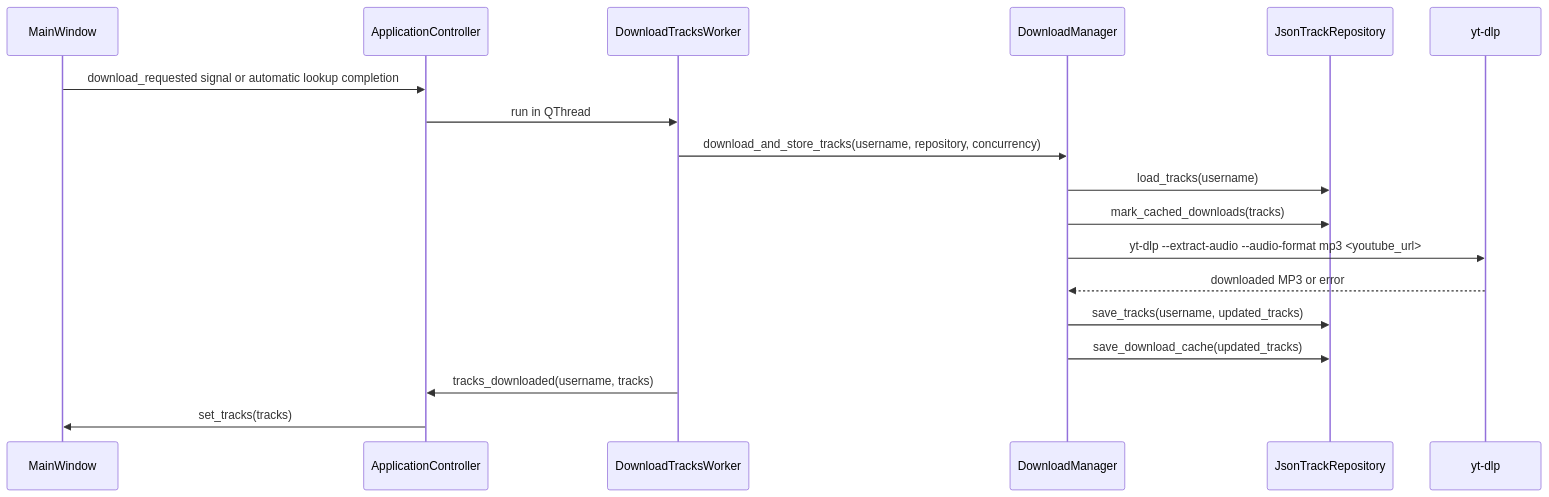
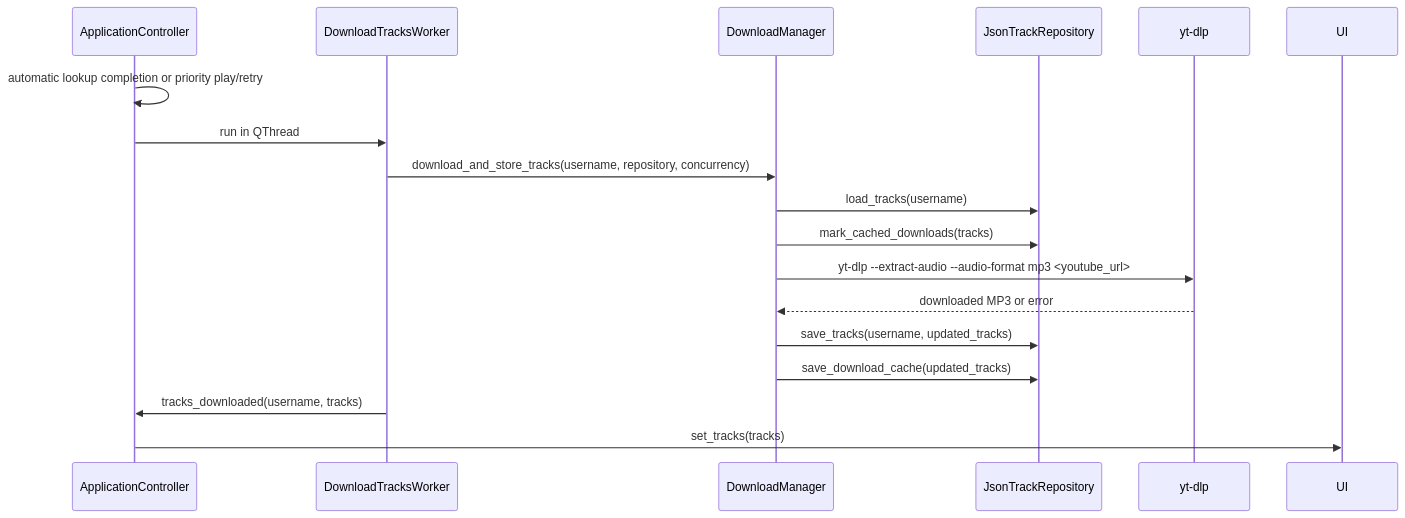
One commit to marcelpetrick/myLastFmPlayer changed the seventh of 10 diagrams in documents/03_ARCHITECTURE.md. Above: the diagram before and after it, drawn with Mermaid. The commit also changed other lines of this file and 9 other files, not shown here.

Commit message:
docs(architecture): refresh documentation diagrams (v0.0.136)

````diff
--- a/documents/03_ARCHITECTURE.md
+++ b/documents/03_ARCHITECTURE.md
@@ -246,21 +251,20 @@
 ```mermaid
 sequenceDiagram
-    participant UI as MainWindow
     participant Controller as ApplicationController
     participant Worker as DownloadTracksWorker
     participant Manager as DownloadManager
     participant Storage as JsonTrackRepository
     participant Ytdlp as yt-dlp
 
-    UI->>Controller: download_requested signal or automatic lookup completion
+    Controller->>Controller: automatic lookup completion or priority play/retry
     Controller->>Worker: run in QThread
     Worker->>Manager: download_and_store_tracks(username, repository, concurrency)
     Manager->>Storage: load_tracks(username)
     Manager->>Storage: mark_cached_downloads(tracks)
     Manager->>Ytdlp: yt-dlp --extract-audio --audio-format mp3 <youtube_url>
     Ytdlp-->>Manager: downloaded MP3 or error
     Manager->>Storage: save_tracks(username, updated_tracks)
     Manager->>Storage: save_download_cache(updated_tracks)
     Worker->>Controller: tracks_downloaded(username, tracks)
     Controller->>UI: set_tracks(tracks)
 ```
````
